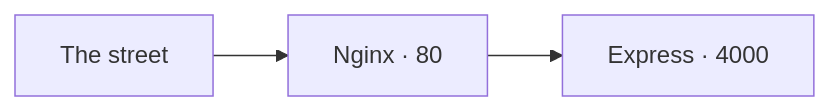
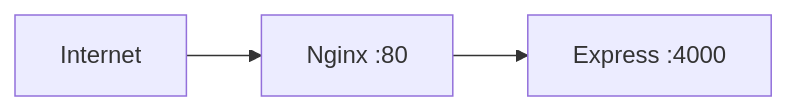
Before and after one commit to sreecharan-desu/hackx-slides: the diagram in content/tracks/backend-from-zero/lessons/26-nginx.md, drawn with Mermaid. The commit also changed other lines of this file and 35 other files, not shown here.

````diff
--- a/content/tracks/backend-from-zero/lessons/26-nginx.md
+++ b/content/tracks/backend-from-zero/lessons/26-nginx.md
@@ -12,5 +17,5 @@
 ```mermaid
 flowchart LR
-  NET[The street] --> NGX[Nginx · 80]
-  NGX --> APP[Express · 4000]
+  NET[Internet] --> NGX[Nginx :80]
+  NGX --> APP[Express :4000]
 ```
````
